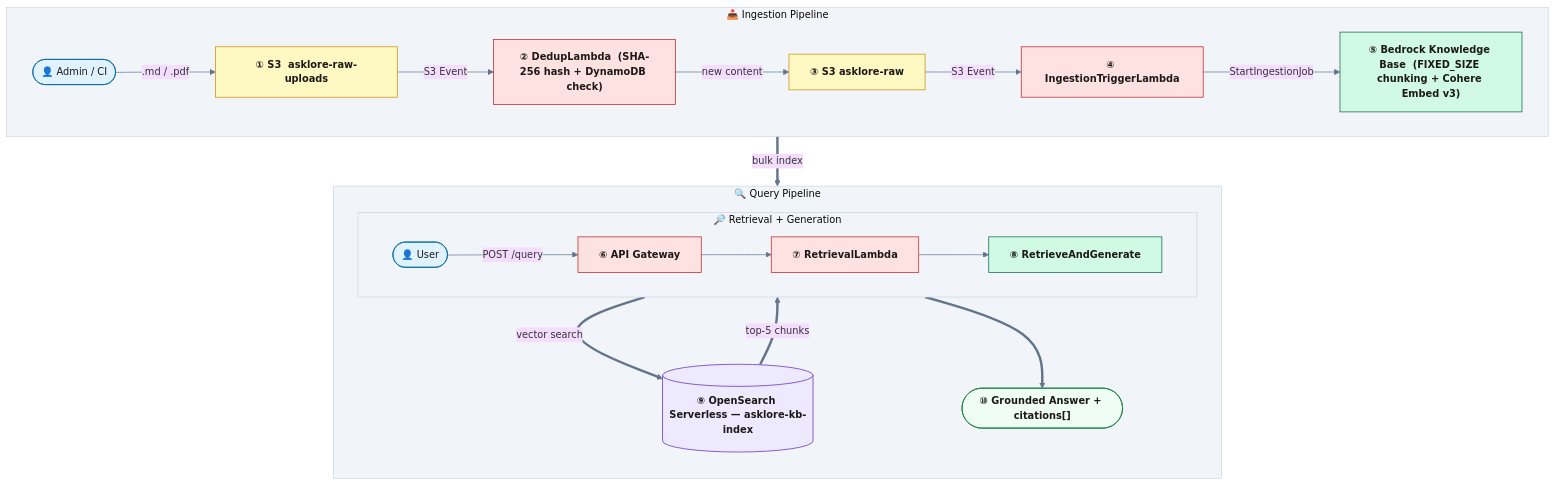
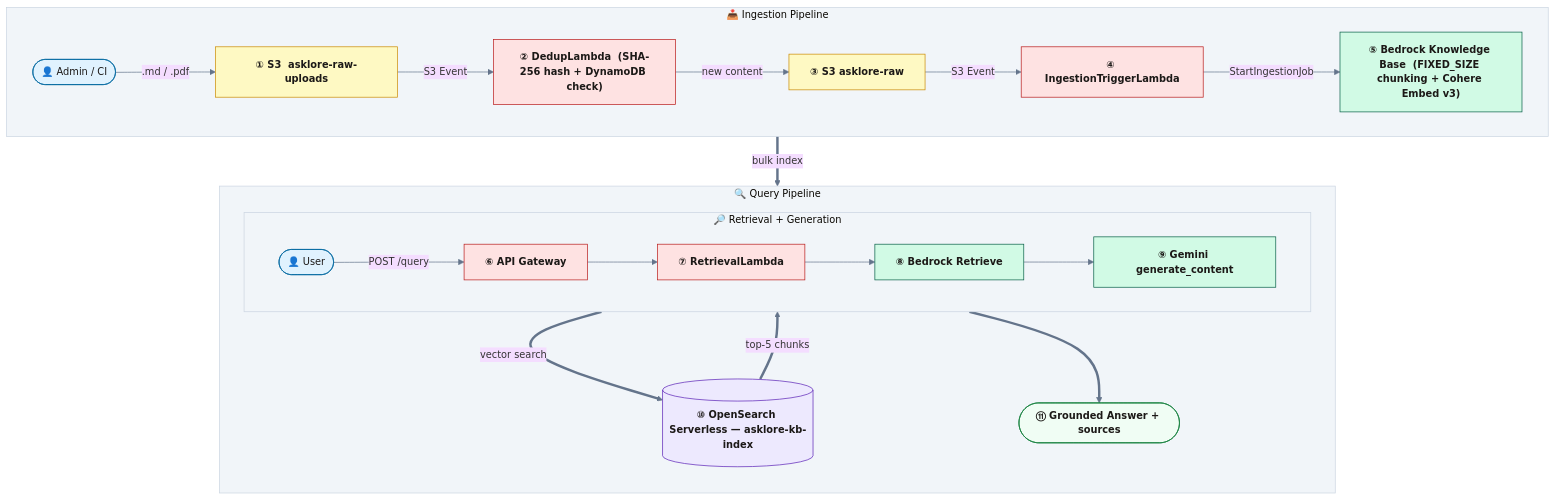
The diagram in README.md (Sunilrana1978/AskLore), drawn with Mermaid before and after one commit. The commit also changed other lines of this file and 11 other files, not shown here.

First line of the commit message:
Migrate generation from Bedrock RetrieveAndGenerate to Bedrock Retrieve + Gemini

````diff
--- a/README.md
+++ b/README.md
@@ -9,41 +9,42 @@
 ```mermaid
 %%{init: {'theme': 'base', 'themeVariables': {'clusterBkg': '#F1F5F9', 'clusterBorder': '#CBD5E1', 'lineColor': '#64748B', 'fontSize': '14px'}}}%%
 flowchart TB
 
     classDef s3      fill:#FEF9C3,stroke:#CA8A04,color:#1C1917,font-weight:bold
     classDef lambda  fill:#FEE2E2,stroke:#B91C1C,color:#1C1917,font-weight:bold
     classDef bedrock fill:#D1FAE5,stroke:#065F46,color:#1C1917,font-weight:bold
     classDef os      fill:#EDE9FE,stroke:#5B21B6,color:#1C1917,font-weight:bold
     classDef person  fill:#E0F2FE,stroke:#0369A1,color:#1C1917
     classDef output  fill:#F0FDF4,stroke:#15803D,color:#1C1917,font-weight:bold
 
     subgraph ING["📥  Ingestion Pipeline"]
         direction LR
         UADM(["👤 Admin / CI"]):::person
         UPLB["① S3  asklore-raw-uploads"]:::s3
         DEDL["② DedupLambda  (SHA-256 hash + DynamoDB check)"]:::lambda
         RAWB["③ S3  asklore-raw"]:::s3
         TRIG["④ IngestionTriggerLambda"]:::lambda
         KB["⑤ Bedrock Knowledge Base  (FIXED_SIZE chunking + Cohere Embed v3)"]:::bedrock
         UADM -->|.md / .pdf| UPLB -->|S3 Event| DEDL -->|new content| RAWB -->|S3 Event| TRIG -->|StartIngestionJob| KB
     end
 
     subgraph QRY["🔍  Query Pipeline"]
         direction TB
         subgraph RET["🔎  Retrieval + Generation"]
             direction LR
             UQRY(["👤 User"]):::person
             APIG["⑥ API Gateway"]:::lambda
             RLMB["⑦ RetrievalLambda"]:::lambda
-            RAG["⑧ RetrieveAndGenerate"]:::bedrock
-            UQRY -->|POST /query| APIG --> RLMB --> RAG
+            RAG["⑧ Bedrock Retrieve"]:::bedrock
+            GEM["⑨ Gemini generate_content"]:::bedrock
+            UQRY -->|POST /query| APIG --> RLMB --> RAG --> GEM
         end
-        OSLS[("⑨ OpenSearch Serverless — asklore-kb-index")]:::os
-        GOUT(["⑩ Grounded Answer + citations[]"]):::output
+        OSLS[("⑩ OpenSearch Serverless — asklore-kb-index")]:::os
+        GOUT(["⑪ Grounded Answer + sources"]):::output
         RAG ==>|vector search| OSLS
         OSLS ==>|top-5 chunks| RAG
-        RAG ==> GOUT
+        GEM ==> GOUT
     end
 
     KB ==>|bulk index| OSLS
 ```
````
